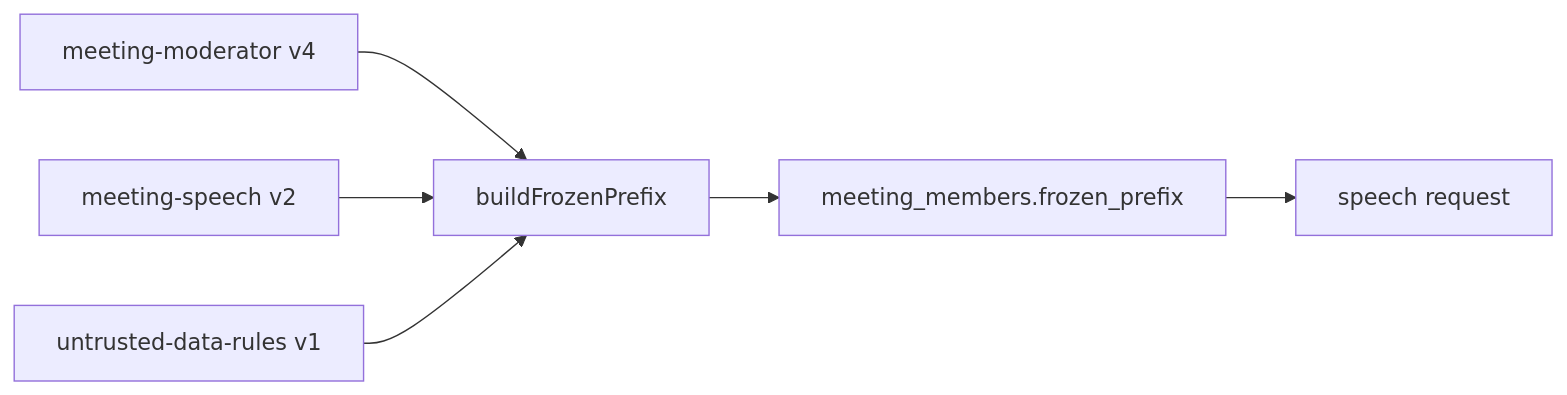
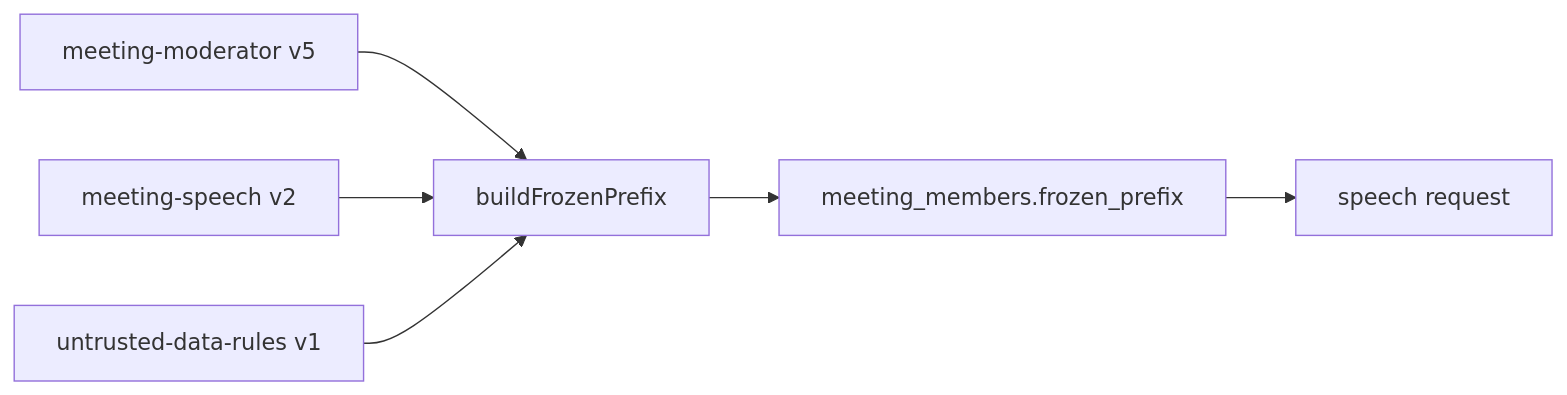
Before and after one commit to Ambar-13/Meta-hackathon: the diagram in packages/prompts/meeting-moderator/README.md, drawn with Mermaid. The commit also changed 14 other files, not shown here.

````diff
--- a/packages/prompts/meeting-moderator/README.md
+++ b/packages/prompts/meeting-moderator/README.md
@@ -15,8 +15,8 @@
 ```mermaid
 flowchart LR
-  M[meeting-moderator v4] --> P[buildFrozenPrefix]
+  M[meeting-moderator v5] --> P[buildFrozenPrefix]
   S[meeting-speech v2] --> P
   U[untrusted-data-rules v1] --> P
   P --> F[meeting_members.frozen_prefix]
   F --> R[speech request]
 ```
````
